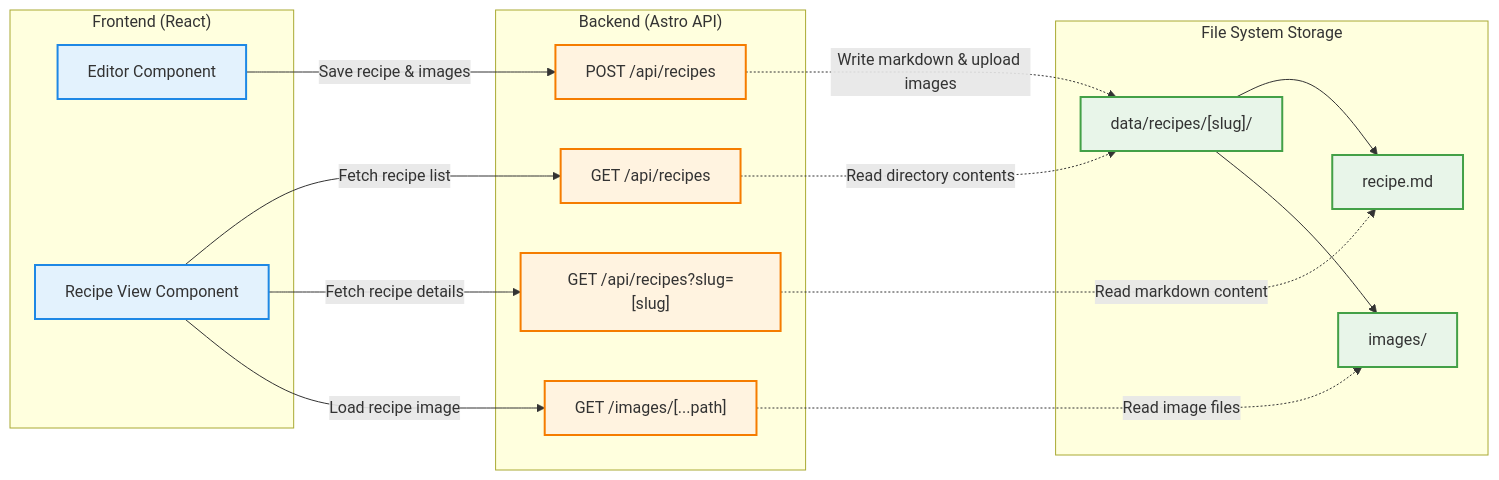
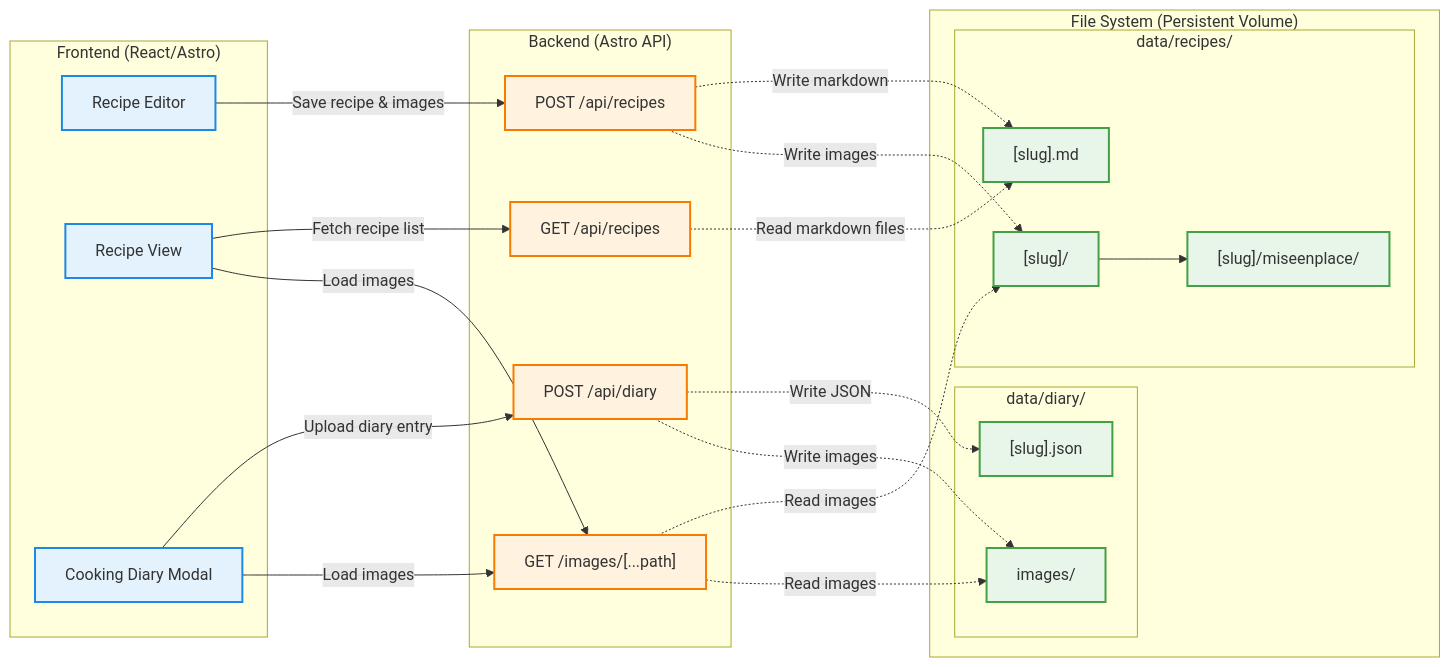
Before and after one commit to aniruddhapdeshpande99/MyRecipeBook: the diagram in docs/system-design.md, drawn with Mermaid. The commit also changed 1 other file, not shown here.

Commit message:
docs: update mermaid architecture diagrams to reflect recent storage and diary API changes

````diff
--- a/docs/system-design.md
+++ b/docs/system-design.md
@@ -9,43 +9,53 @@
 ```mermaid
 flowchart LR
-    subgraph Frontend ["Frontend (React)"]
-        Editor[Editor Component]
-        RecipeView[Recipe View Component]
+    subgraph Frontend ["Frontend (React/Astro)"]
+        Editor[Recipe Editor]
+        RecipeView[Recipe View]
+        DiaryView[Cooking Diary Modal]
     end
 
     subgraph API ["Backend (Astro API)"]
-        GET_List["GET /api/recipes"]
-        GET_One["GET /api/recipes?slug=[slug]"]
-        POST_Save["POST /api/recipes"]
+        GET_Recipes["GET /api/recipes"]
+        POST_Recipe["POST /api/recipes"]
+        POST_Diary["POST /api/diary"]
         GET_Img["GET /images/[...path]"]
     end
 
-    subgraph FS ["File System Storage"]
-        Folder["data/recipes/[slug]/"]
-        MD["recipe.md"]
-        ImgFolder["images/"]
-        Folder --> MD
-        Folder --> ImgFolder
+    subgraph FS ["File System (Persistent Volume)"]
+        subgraph Recipes ["data/recipes/"]
+            MD["[slug].md"]
+            ImgFolder["[slug]/"]
+            MiseFolder["[slug]/miseenplace/"]
+            ImgFolder --> MiseFolder
+        end
+        subgraph Diary ["data/diary/"]
+            DiaryJSON["[slug].json"]
+            DiaryImgFolder["images/"]
+        end
     end
 
     %% Frontend -> API
-    RecipeView -->|"Fetch recipe list"| GET_List
-    RecipeView -->|"Fetch recipe details"| GET_One
-    RecipeView -->|"Load recipe image"| GET_Img
-    Editor -->|"Save recipe & images"| POST_Save
+    RecipeView -->|"Fetch recipe list"| GET_Recipes
+    Editor -->|"Save recipe & images"| POST_Recipe
+    DiaryView -->|"Upload diary entry"| POST_Diary
+    RecipeView -->|"Load images"| GET_Img
+    DiaryView -->|"Load images"| GET_Img
 
     %% API -> FS
-    GET_List -.->|"Read directory contents"| Folder
-    GET_One -.->|"Read markdown content"| MD
-    POST_Save -.->|"Write markdown & upload images"| Folder
-    GET_Img -.->|"Read image files"| ImgFolder
+    GET_Recipes -.->|"Read markdown files"| MD
+    POST_Recipe -.->|"Write markdown"| MD
+    POST_Recipe -.->|"Write images"| ImgFolder
+    POST_Diary -.->|"Write JSON"| DiaryJSON
+    POST_Diary -.->|"Write images"| DiaryImgFolder
+    GET_Img -.->|"Read images"| ImgFolder
+    GET_Img -.->|"Read images"| DiaryImgFolder
 
     %% Styles
     classDef frontend fill:#e3f2fd,stroke:#1e88e5,stroke-width:2px;
     classDef api fill:#fff3e0,stroke:#f57c00,stroke-width:2px;
     classDef storage fill:#e8f5e9,stroke:#43a047,stroke-width:2px;
     
-    class Editor,RecipeView frontend;
-    class GET_List,GET_One,POST_Save,GET_Img api;
-    class Folder,MD,ImgFolder storage;
+    class Editor,RecipeView,DiaryView frontend;
+    class GET_Recipes,POST_Recipe,POST_Diary,GET_Img api;
+    class MD,ImgFolder,MiseFolder,DiaryJSON,DiaryImgFolder storage;
 ```
````
